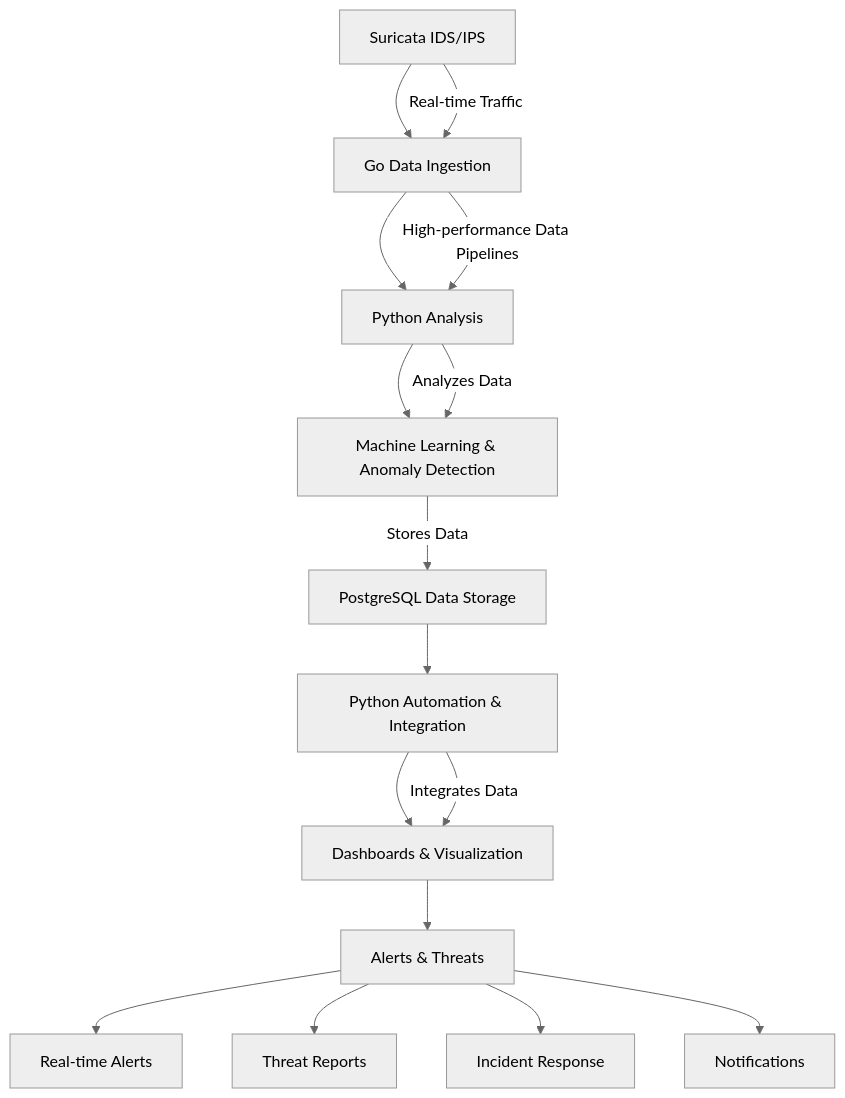
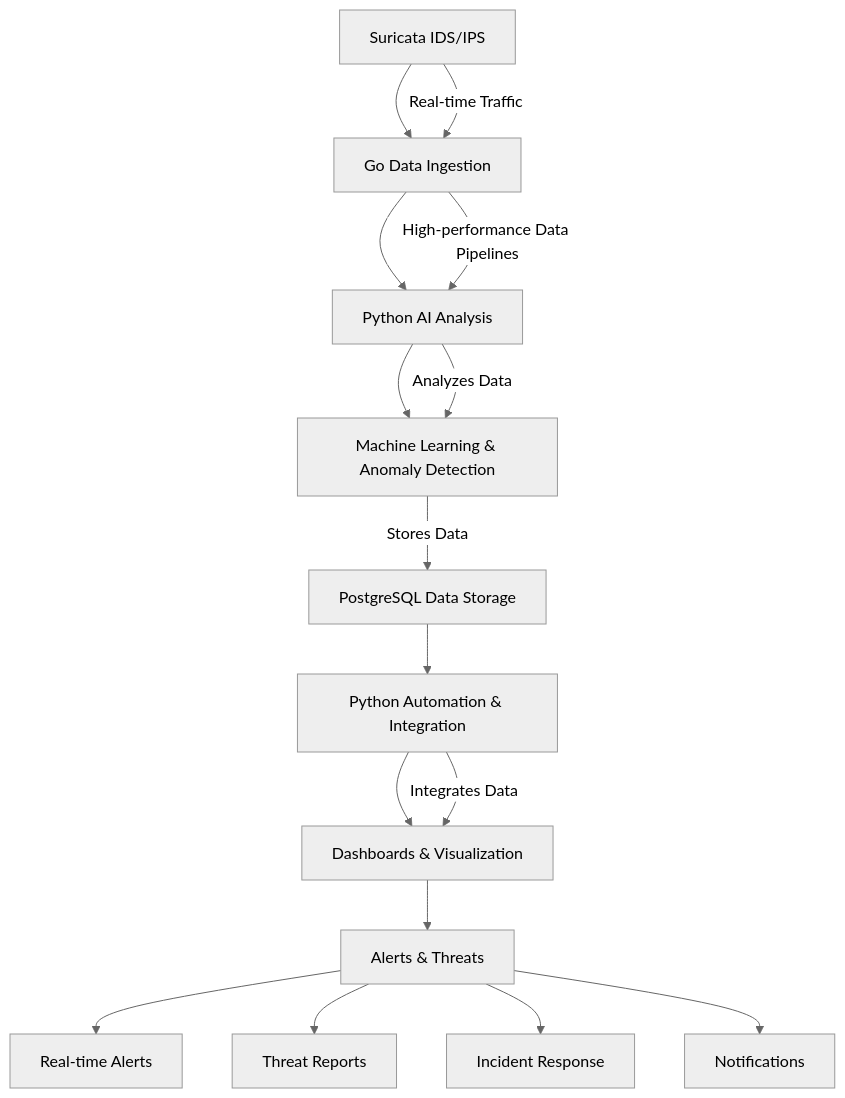
The diagram in README.md (thrive-spectrexq/NexDefend), drawn with Mermaid (neutral theme) before and after one commit. The commit also changed other lines of this file and 5 other files, not shown here.

````diff
--- a/README.md
+++ b/README.md
@@ -16,18 +16,18 @@
 ```mermaid
 graph TD;
     A[Suricata IDS/IPS] --> B[Go Data Ingestion];
-    B --> C[Python Analysis];
+    B --> C[Python AI Analysis];
     C --> D[Machine Learning & Anomaly Detection];
     A -->|Real-time Traffic| B;
     B -->|High-performance Data Pipelines| C;
     C -->|Analyzes Data| D;
     E[PostgreSQL Data Storage] --> F[Python Automation & Integration];
     F --> G[Dashboards & Visualization];
     G --> H[Alerts & Threats];
     H --> I[Real-time Alerts];
     H --> J[Threat Reports];
     H --> L[Incident Response];
     H --> K[Notifications];
     D -->|Stores Data| E;
     F -->|Integrates Data| G;
 ```
````
